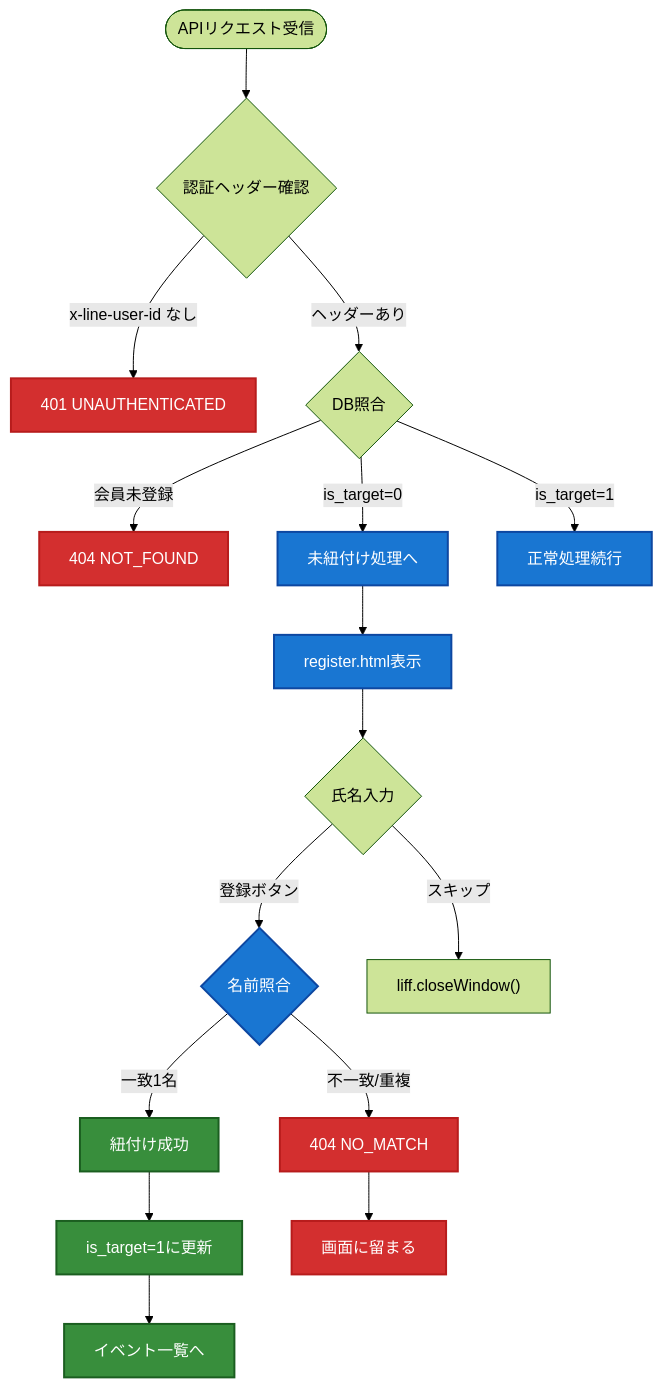
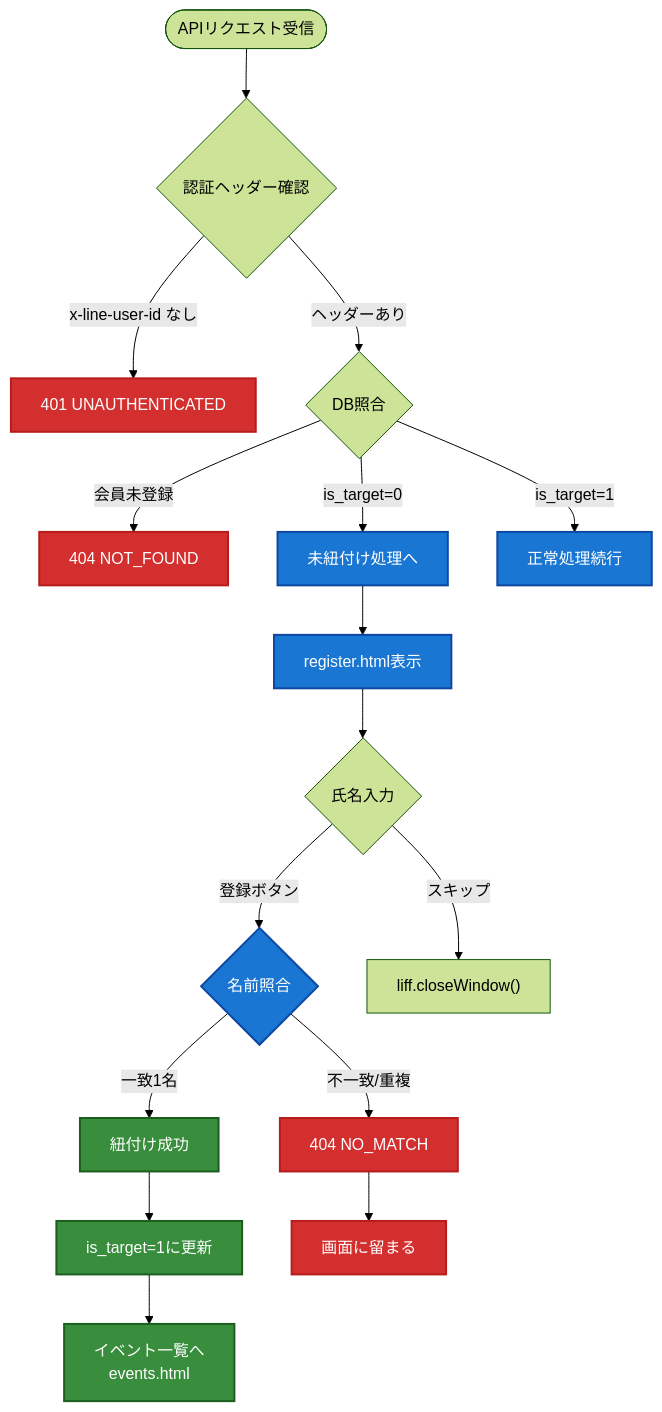
The eighth of 10 diagrams in docs/100_設計/132_外部連携図.md (hanaki-tn/rcline), drawn with Mermaid (forest theme) before and after one commit. The commit also changed other lines of this file and 10 other files, not shown here.

````diff
--- a/docs/100_設計/132_外部連携図.md
+++ b/docs/100_設計/132_外部連携図.md
@@ -277,33 +282,33 @@
 ```mermaid
 flowchart TD
     START([APIリクエスト受信]) --> AUTH{認証ヘッダー確認}
     
     AUTH -->|x-line-user-id なし| UNAUTH[401 UNAUTHENTICATED]
     AUTH -->|ヘッダーあり| DB_CHECK{DB照合}
     
     DB_CHECK -->|会員未登録| NOT_FOUND[404 NOT_FOUND]
     DB_CHECK -->|is_target=0| REDIRECT[未紐付け処理へ]
     DB_CHECK -->|is_target=1| PROCESS[正常処理続行]
     
     REDIRECT --> REGISTER[register.html表示]
     REGISTER --> INPUT{氏名入力}
     
     INPUT -->|登録ボタン| MATCH{名前照合}
     INPUT -->|スキップ| CLOSE["liff.closeWindow()"]
     
     MATCH -->|一致1名| SUCCESS[紐付け成功]
     MATCH -->|不一致/重複| ERROR[404 NO_MATCH]
     
     SUCCESS --> TARGET_UPDATE[is_target=1に更新]
     ERROR --> STAY[画面に留まる]
     
-    TARGET_UPDATE --> EVENTS[イベント一覧へ]
+    TARGET_UPDATE --> EVENTS[イベント一覧へ<br/>events.html]
     
     classDef error fill:#d32f2f,stroke:#b71c1c,stroke-width:2px,color:#ffffff
     classDef success fill:#388e3c,stroke:#1b5e20,stroke-width:2px,color:#ffffff
     classDef process fill:#1976d2,stroke:#0d47a1,stroke-width:2px,color:#ffffff
 
     class UNAUTH,NOT_FOUND,ERROR,STAY error
     class SUCCESS,TARGET_UPDATE,EVENTS success
     class REDIRECT,REGISTER,MATCH,PROCESS process
 ```
````
